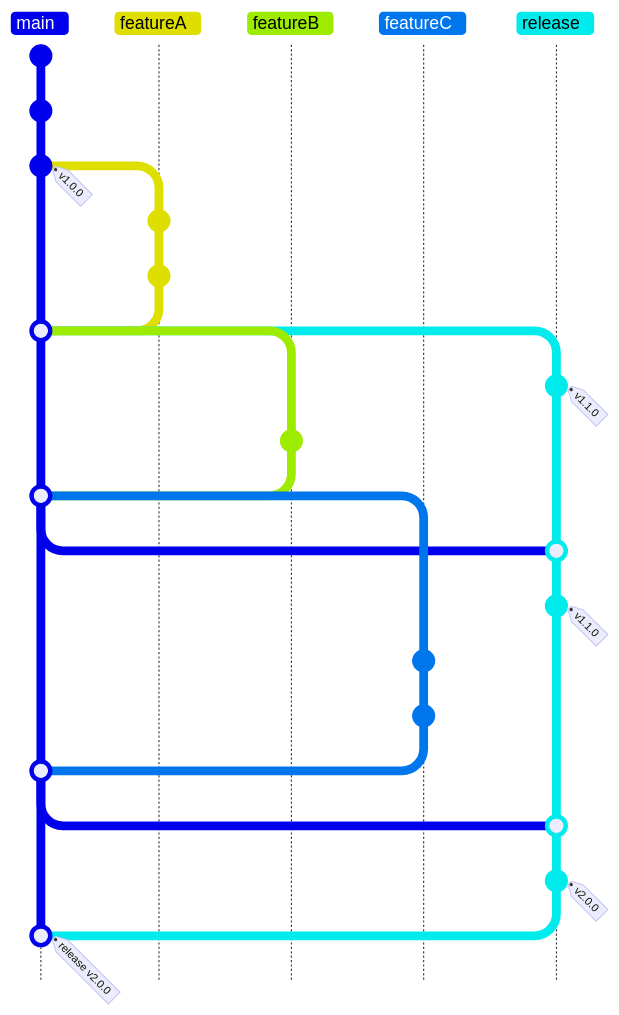
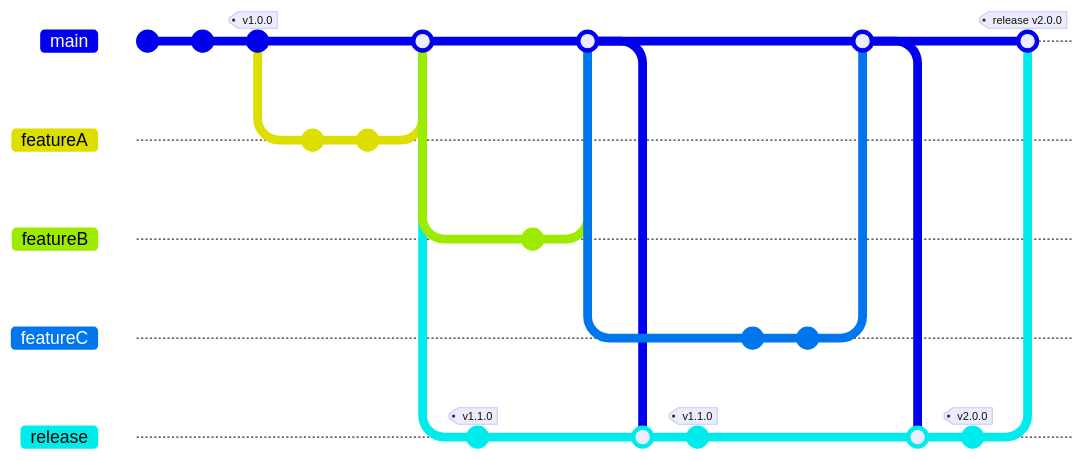
The second of 2 diagrams in README.md (nader-eloshaiker/screen-geometry-app), drawn with Mermaid before and after one commit. Commit ids are hidden.

Commit message:
fix(doc): fix gitgraph rendering in readme (#275)
* fix(doc): fix gitgraph rendering in readme

* fix(doc): testing reversion

* fix(doc): fix gitgraph rendering in readme

````diff
--- a/README.md
+++ b/README.md
@@ -258,41 +258,41 @@
 ```mermaid
-gitGraph TB:
+gitGraph
 
 commit
 commit
 commit tag: "v1.0.0"
 
 branch featureA order: 1
 commit id: "feat(1):"
 commit id: "fix(2):"
 checkout main
 merge featureA
 
 branch release order: 4
 commit tag: "v1.1.0"
 
 checkout main
 branch featureB order: 2
 commit id: "chore(3):"
 checkout main
 merge featureB
 
 checkout release
 merge main
 commit tag: "v1.1.0"
 
 checkout main
 branch featureC order: 3
 commit id: "feat!(4):"
 commit id: "feat(5):"
 checkout main
 merge featureC
 
 checkout release
 merge main
 commit tag: "v2.0.0"
 checkout main
 merge release tag: "release v2.0.0"
 
 
 ```
````
